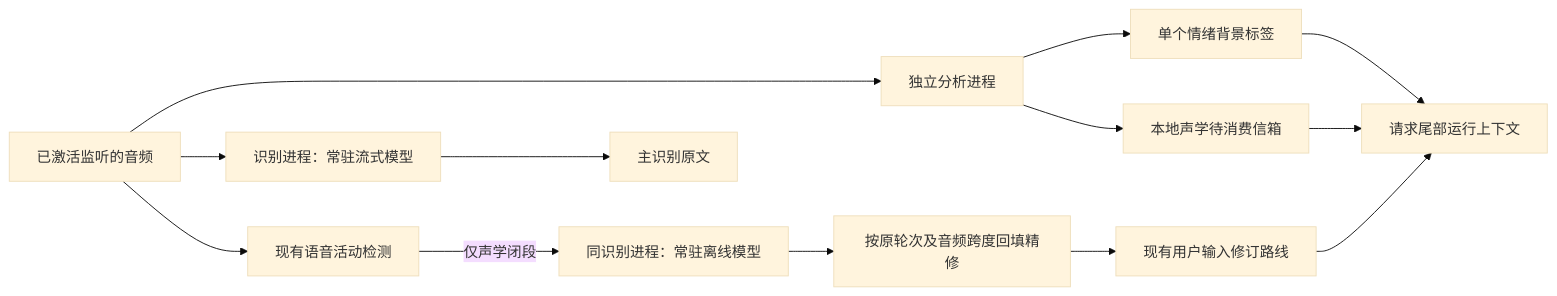
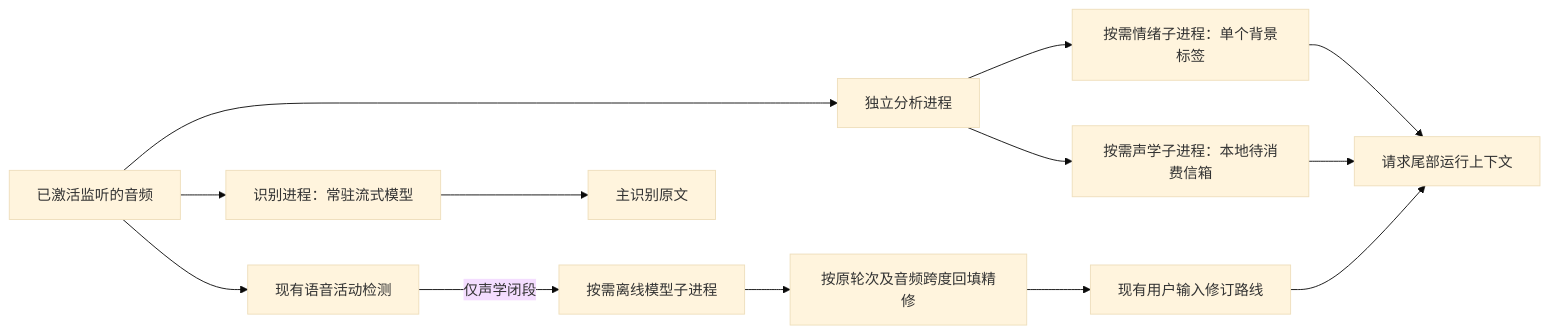
One commit to wet86y/voice-terminal changed the diagram in docs/guides/audio-enhancements.md. Above: the diagram before and after it, drawn with Mermaid (base theme). The commit also changed other lines of this file and 25 other files, not shown here.

````diff
--- a/docs/guides/audio-enhancements.md
+++ b/docs/guides/audio-enhancements.md
@@ -37,15 +39,15 @@
 ```mermaid
 flowchart LR
     A[已激活监听的音频] --> B[现有语音活动检测]
     A --> C[识别进程：常驻流式模型]
-    B -->|仅声学闭段| D[同识别进程：常驻离线模型]
+    B -->|仅声学闭段| D[按需离线模型子进程]
     C --> E[主识别原文]
     D --> F[按原轮次及音频跨度回填精修]
     F --> G[现有用户输入修订路线]
     A --> H[独立分析进程]
-    H --> I[单个情绪背景标签]
-    H --> J[本地声学待消费信箱]
+    H --> I[按需情绪子进程：单个背景标签]
+    H --> J[按需声学子进程：本地待消费信箱]
     I --> K[请求尾部运行上下文]
     J --> K
     G --> K
 ```
````
